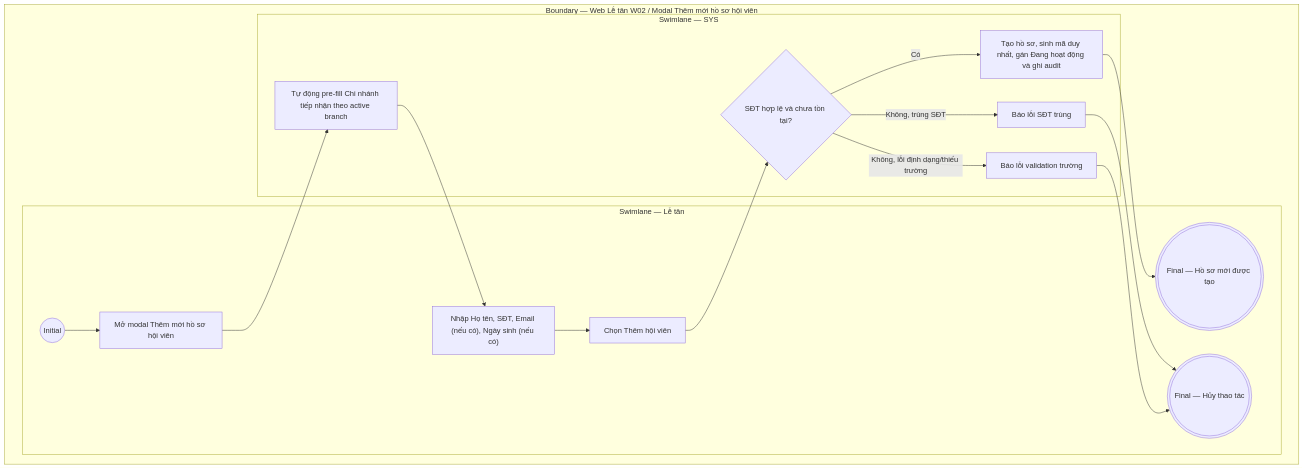
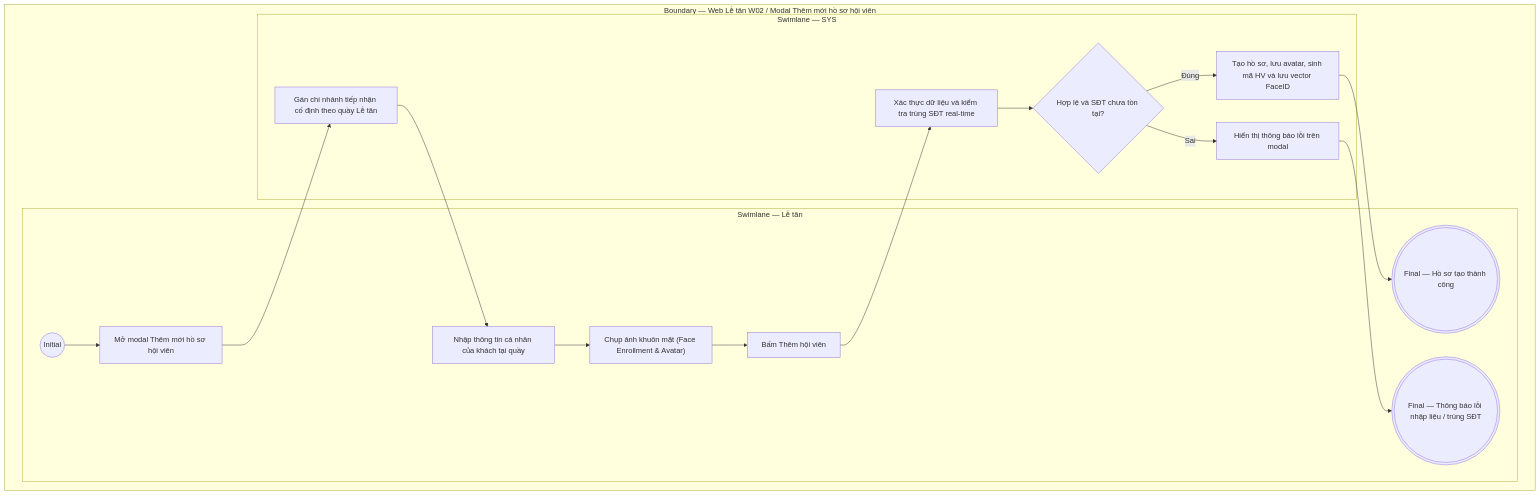
Before and after one commit to ThachY-23120411/Paradise-Gym-v2: the diagram in docs/user-stories/le-tan/LT-W02-Hội viên & khách hàng/LT-W02-US01-Thêm hội viên.md, drawn with Mermaid. The commit also changed other lines of this file and 294 other files, not shown here.

````diff
--- a/docs/user-stories/le-tan/LT-W02-Hội viên & khách hàng/LT-W02-US01-Thêm hội viên.md
+++ b/docs/user-stories/le-tan/LT-W02-Hội viên & khách hàng/LT-W02-US01-Thêm hội viên.md
@@ -56,29 +49,27 @@
 ```mermaid
 flowchart TB
   subgraph B["Boundary — Web Lễ tân W02 / Modal Thêm mới hồ sơ hội viên"]
     subgraph L0["Swimlane — Lễ tân"]
       I01(("Initial"))
       A01["Mở modal Thêm mới hồ sơ hội viên"]
-      A02["Nhập Họ tên, SĐT, Email (nếu có), Ngày sinh (nếu có)"]
-      A03["Chọn Thêm hội viên"]
-      F01((("Final — Hồ sơ mới được tạo")))
-      F03((("Final — Hủy thao tác")))
+      A02["Nhập thông tin cá nhân của khách tại quầy"]
+      A03["Chụp ảnh khuôn mặt (Face Enrollment & Avatar)"]
+      A04["Bấm Thêm hội viên"]
+      F01((("Final — Hồ sơ tạo thành công")))
+      F02((("Final — Thông báo lỗi nhập liệu / trùng SĐT")))
+    end
+
+    subgraph L1["Swimlane — SYS"]
+      S01["Gán chi nhánh tiếp nhận cố định theo quầy Lễ tân"]
+      S02["Xác thực dữ liệu và kiểm tra trùng SĐT real-time"]
+      D01{"Hợp lệ và SĐT chưa tồn tại?"}
+      S03["Tạo hồ sơ, lưu avatar, sinh mã HV và lưu vector FaceID"]
+      S04["Hiển thị thông báo lỗi trên modal"]
+
       I01 --> A01
-      A02 --> A03
-    end
-    subgraph L2["Swimlane — SYS"]
-      S01["Tự động pre-fill Chi nhánh tiếp nhận theo active branch"]
-      S03{"SĐT hợp lệ và chưa tồn tại?"}
-      S04["Tạo hồ sơ, sinh mã duy nhất, gán Đang hoạt động và ghi audit"]
-      S05["Báo lỗi SĐT trùng"]
-      S06["Báo lỗi validation trường"]
-      A01 --> S01 --> A02
-      A03 --> S03
-      S03 -->|Có| S04 --> F01
-      S03 -->|Không, trùng SĐT| S05
-      S03 -->|Không, lỗi định dạng/thiếu trường| S06
-      S05 --> F03
-      S06 --> F03
+      A01 --> S01 --> A02 --> A03 --> A04 --> S02 --> D01
+      D01 -->|Đúng| S03 --> F01
+      D01 -->|Sai| S04 --> F02
     end
   end
 ```
````
